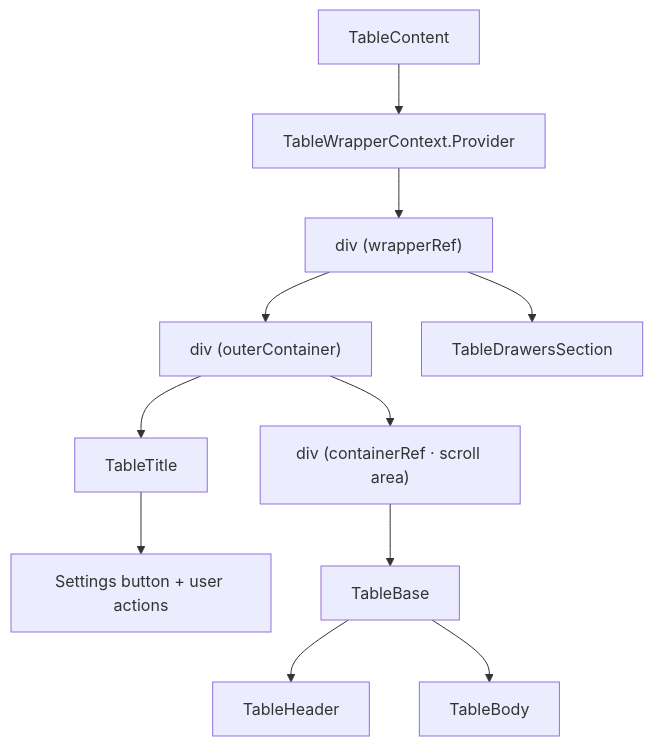
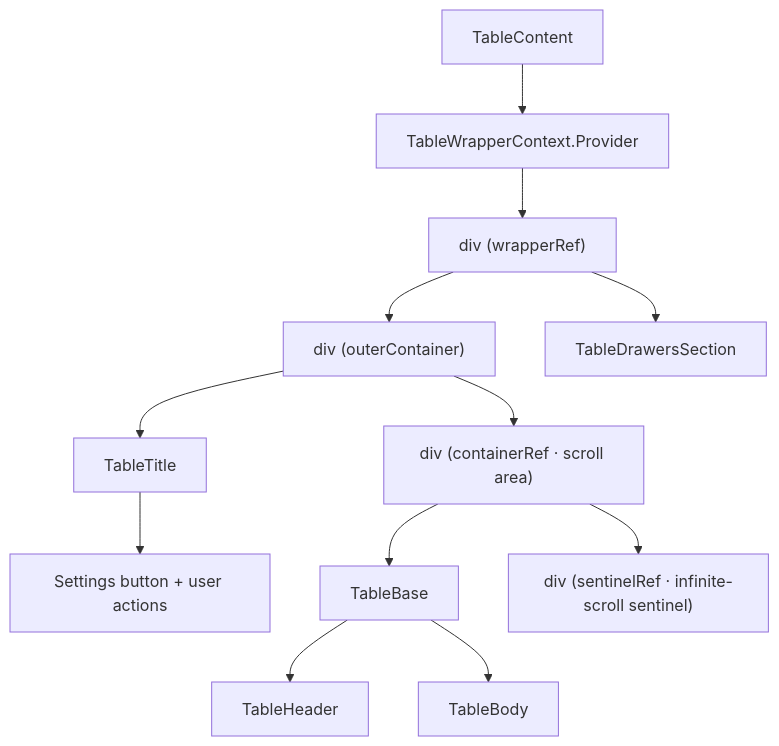
Before and after one commit to luciocabrera/lcabrera-stack: the first of 2 diagrams in apps/react-router/src/components/Table/TableContent/ARCHITECTURE.md, drawn with Mermaid. The commit also changed other lines of this file and 17 other files, not shown here.

````diff
--- a/apps/react-router/src/components/Table/TableContent/ARCHITECTURE.md
+++ b/apps/react-router/src/components/Table/TableContent/ARCHITECTURE.md
@@ -21,16 +21,17 @@
 ```mermaid
 graph TD
   TC["TableContent"] --> TWC["TableWrapperContext.Provider"]
   TWC --> Wrapper["div (wrapperRef)"]
 
   Wrapper --> Outer["div (outerContainer)"]
   Wrapper --> Drawers["TableDrawersSection"]
 
   Outer --> Title["TableTitle"]
   Title --> Actions["Settings button + user actions"]
   Outer --> Scroll["div (containerRef · scroll area)"]
 
   Scroll --> TB["TableBase"]
   TB --> TH["TableHeader"]
   TB --> TBody["TableBody"]
+  Scroll --> Sentinel["div (sentinelRef · infinite-scroll sentinel)"]
 ```
````
